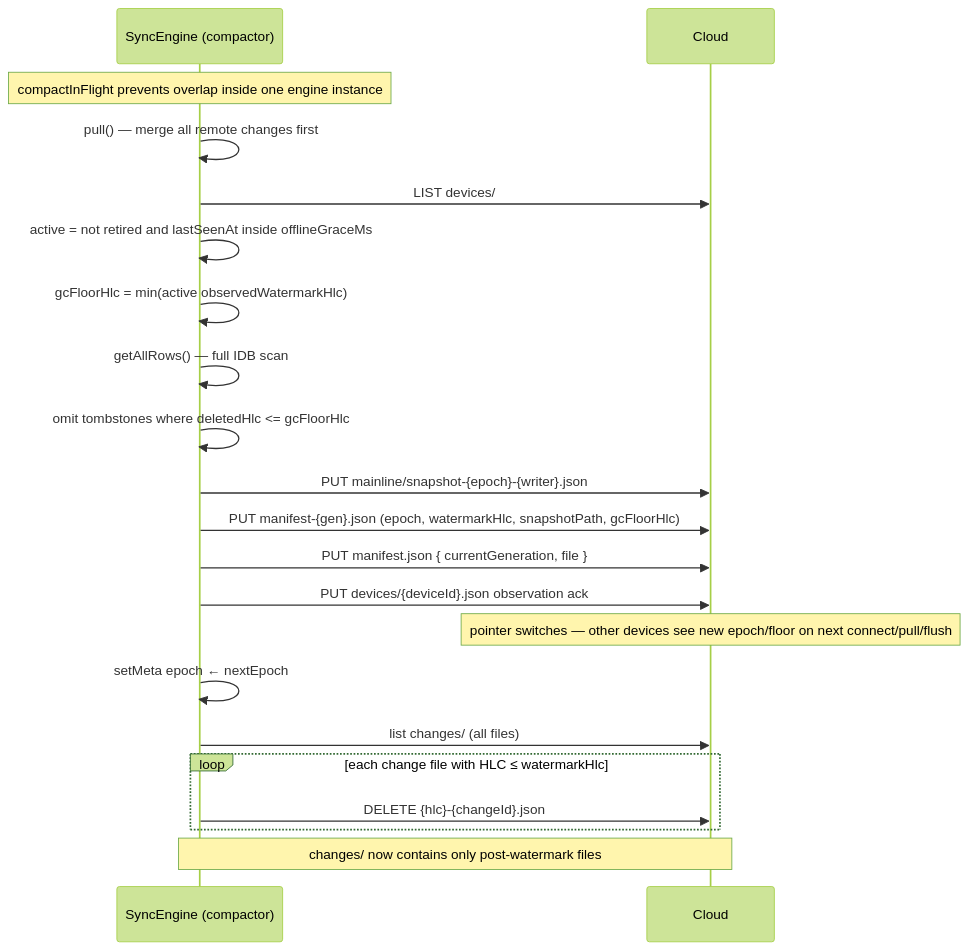
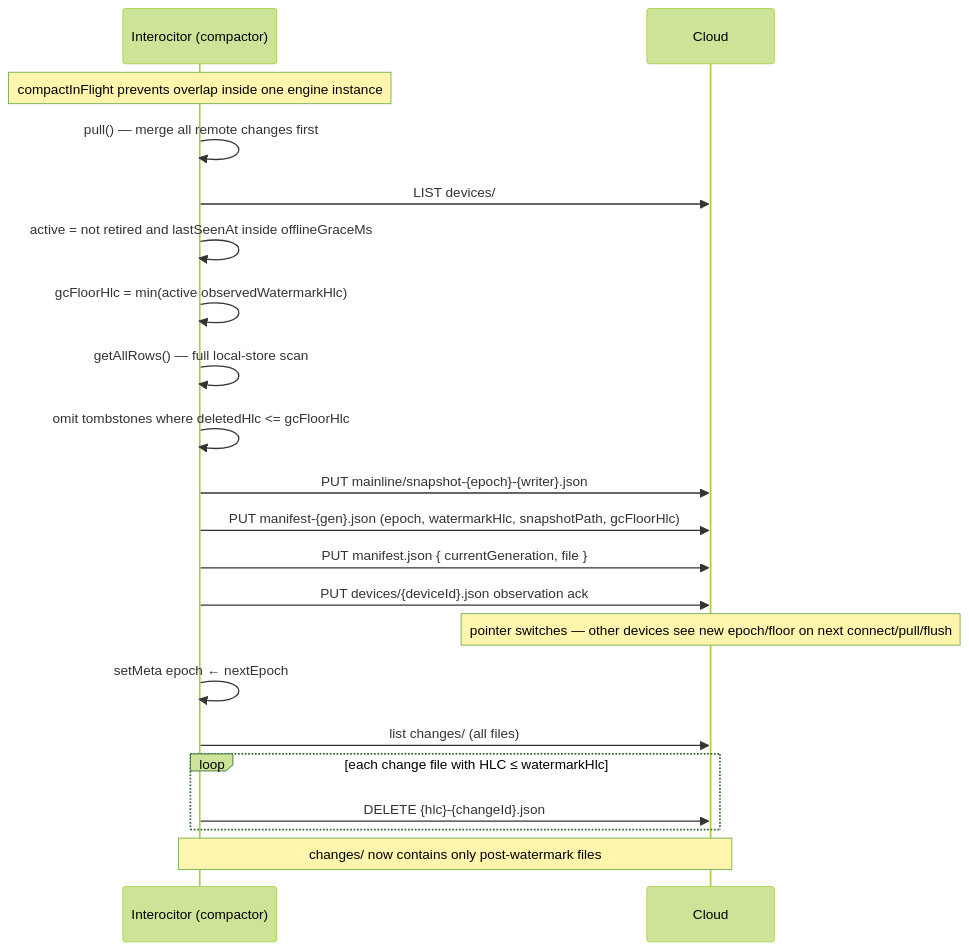
Before and after one commit to Machine-Garden/interocitor: the fourth of 7 diagrams in docs/flows.md, drawn with Mermaid (forest theme). The commit also changed other lines of this file and 107 other files, not shown here.

````diff
--- a/docs/flows.md
+++ b/docs/flows.md
@@ -145,26 +162,26 @@
 ```mermaid
 sequenceDiagram
-    participant E as SyncEngine (compactor)
+    participant E as Interocitor (compactor)
     participant C as Cloud
 
     Note over E: compactInFlight prevents overlap inside one engine instance
     E->>E: pull() — merge all remote changes first
     E->>C: LIST devices/
     E->>E: active = not retired and lastSeenAt inside offlineGraceMs
     E->>E: gcFloorHlc = min(active observedWatermarkHlc)
-    E->>E: getAllRows() — full IDB scan
+    E->>E: getAllRows() — full local-store scan
     E->>E: omit tombstones where deletedHlc <= gcFloorHlc
     E->>C: PUT mainline/snapshot-{epoch}-{writer}.json
     E->>C: PUT manifest-{gen}.json (epoch, watermarkHlc, snapshotPath, gcFloorHlc)
     E->>C: PUT manifest.json { currentGeneration, file }
     E->>C: PUT devices/{deviceId}.json observation ack
     Note over C: pointer switches — other devices see new epoch/floor on next connect/pull/flush
 
     E->>E: setMeta epoch ← nextEpoch
 
     E->>C: list changes/ (all files)
     loop each change file with HLC ≤ watermarkHlc
         E->>C: DELETE {hlc}-{changeId}.json
     end
     Note over E,C: changes/ now contains only post-watermark files
 ```
````
